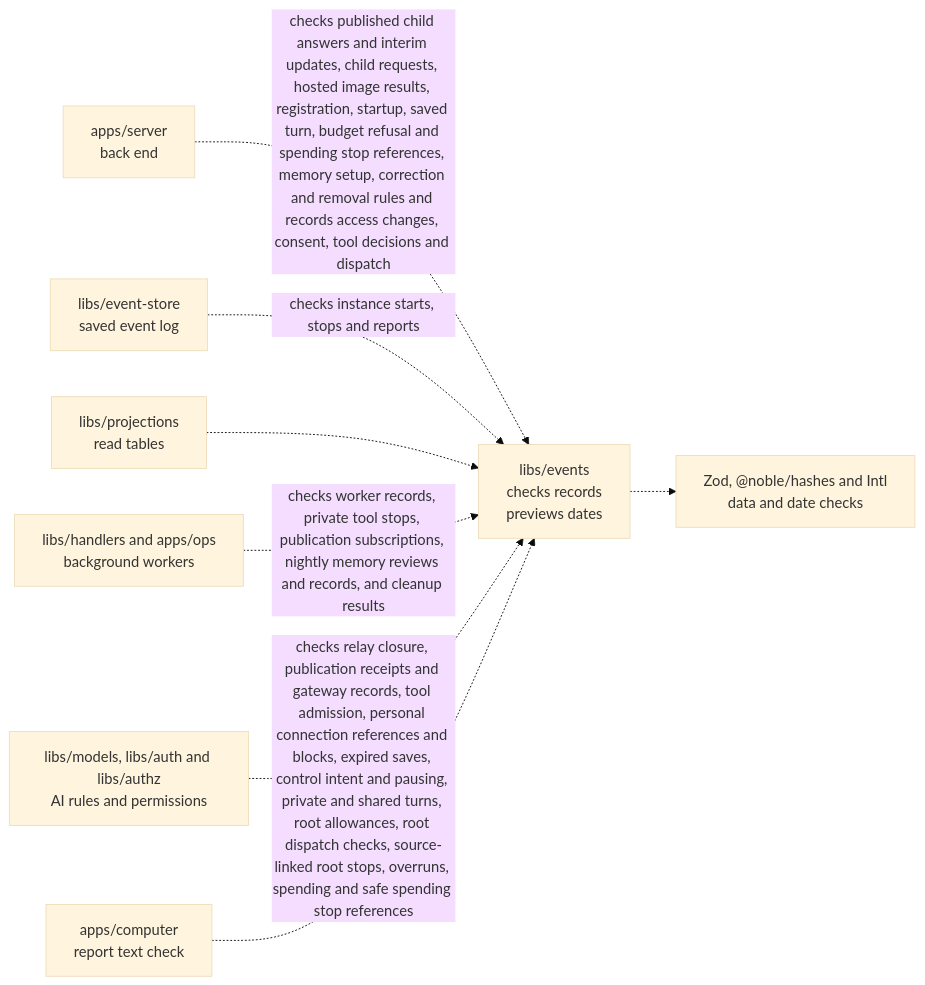
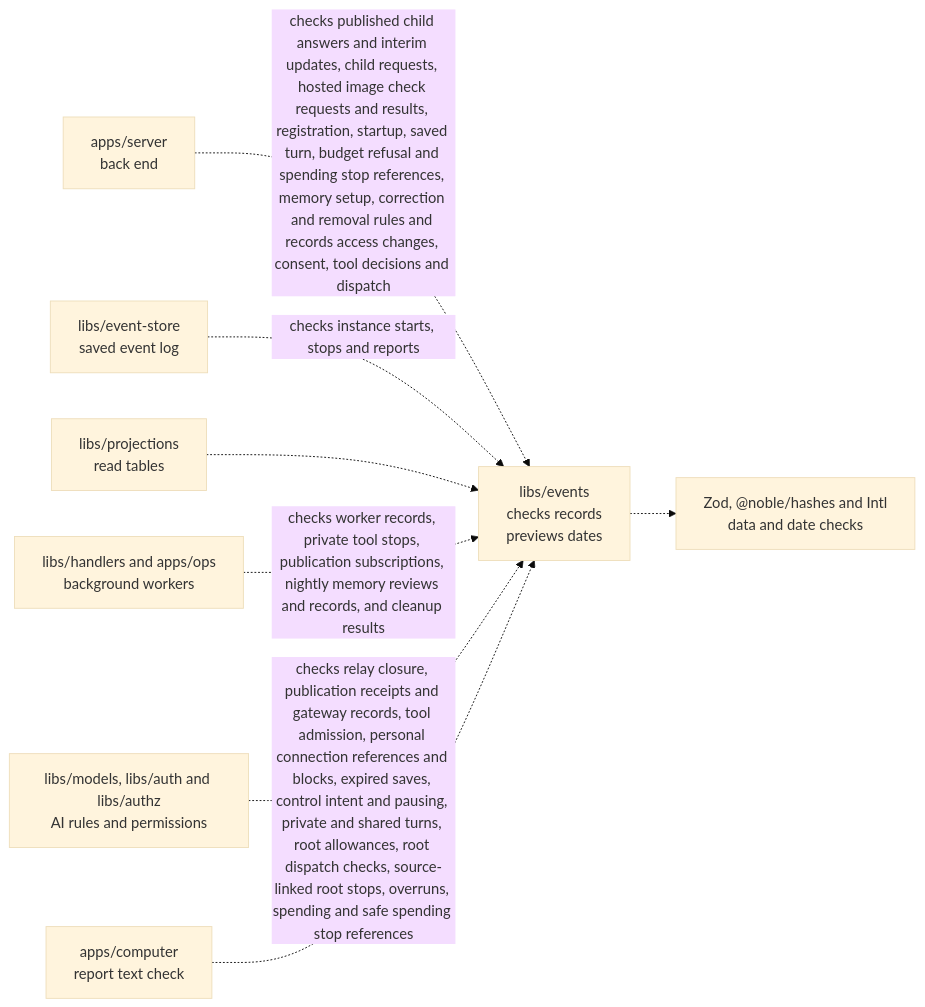
One commit to elewa-git/opencrane-new changed the diagram in libs/events/README.md. Above: the diagram before and after it, drawn with Mermaid (base theme). The commit also changed other lines of this file and 22 other files, not shown here.

Commit message:
🔎 Record hosted image check requests and recover lost replies

````diff
--- a/libs/events/README.md
+++ b/libs/events/README.md
@@ -27,10 +27,10 @@
 ```mermaid
 flowchart LR
-  server["apps/server<br/>back end"] -.->|checks published child answers and interim updates, child requests, hosted image results, registration, startup, saved turn, budget refusal and spending stop references, memory setup, correction and removal rules and records access changes, consent, tool decisions and dispatch| events["libs/events<br/>checks records<br/>previews dates"]
+  server["apps/server<br/>back end"] -.->|checks published child answers and interim updates, child requests, hosted image check requests and results, registration, startup, saved turn, budget refusal and spending stop references, memory setup, correction and removal rules and records access changes, consent, tool decisions and dispatch| events["libs/events<br/>checks records<br/>previews dates"]
   store["libs/event-store<br/>saved event log"] -.->|checks instance starts, stops and reports| events
   projections["libs/projections<br/>read tables"] -.-> events
   workers["libs/handlers and apps/ops<br/>background workers"] -.->|checks worker records, private tool stops, publication subscriptions, nightly memory reviews and records, and cleanup results| events
   others["libs/models, libs/auth and libs/authz<br/>AI rules and permissions"] -.->|checks relay closure, publication receipts and gateway records, tool admission, personal connection references and blocks, expired saves, control intent and pausing, private and shared turns, root allowances, root dispatch checks, source-linked root stops, overruns, spending and safe spending stop references| events
   computer["apps/computer<br/>report text check"] -.-> events
   events -.-> checks["Zod, @noble/hashes and Intl<br/>data and date checks"]
 ```
````
